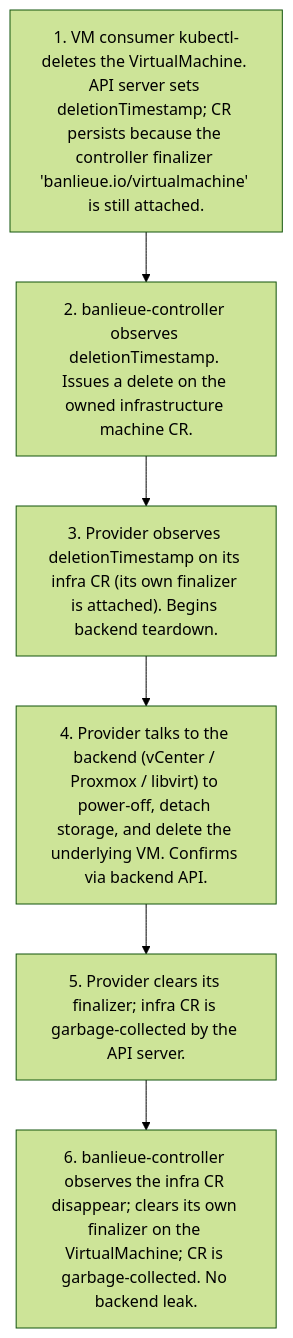
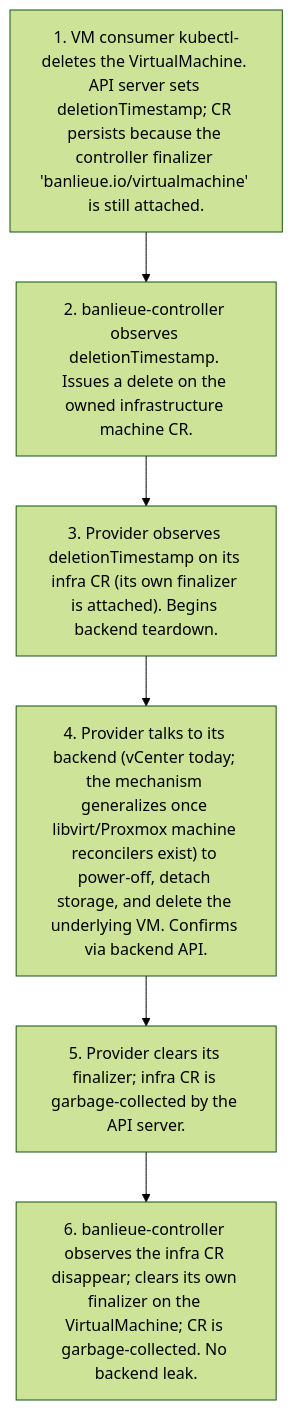
One commit to firestoned/banlieue changed the third of 8 diagrams in docs/src/architecture/flows.md. Above: the diagram before and after it, drawn with Mermaid (forest theme). The commit also changed other lines of this file and 38 other files, not shown here.

````diff
--- a/docs/src/architecture/flows.md
+++ b/docs/src/architecture/flows.md
@@ -65,10 +65,10 @@
 ```mermaid
 flowchart TD
     t1["1. VM consumer kubectl-deletes the VirtualMachine. API server sets deletionTimestamp; CR persists because the controller finalizer 'banlieue.io/virtualmachine' is still attached."]
     t2["2. banlieue-controller observes deletionTimestamp. Issues a delete on the owned infrastructure machine CR."]
     t3["3. Provider observes deletionTimestamp on its infra CR (its own finalizer is attached). Begins backend teardown."]
-    t4["4. Provider talks to the backend (vCenter / Proxmox / libvirt) to power-off, detach storage, and delete the underlying VM. Confirms via backend API."]
+    t4["4. Provider talks to its backend (vCenter today; the mechanism generalizes once libvirt/Proxmox machine reconcilers exist) to power-off, detach storage, and delete the underlying VM. Confirms via backend API."]
     t5["5. Provider clears its finalizer; infra CR is garbage-collected by the API server."]
     t6["6. banlieue-controller observes the infra CR disappear; clears its own finalizer on the VirtualMachine; CR is garbage-collected. No backend leak."]
     t1 --> t2 --> t3 --> t4 --> t5 --> t6
 ```
````
